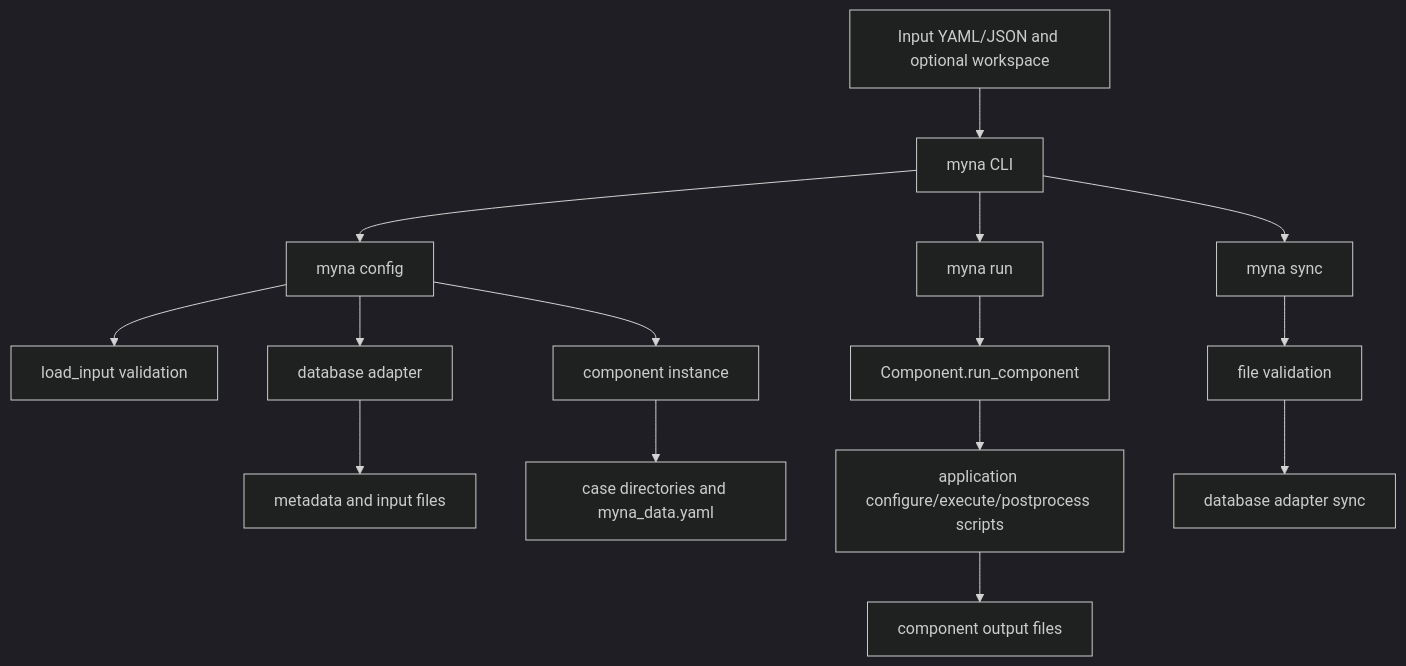
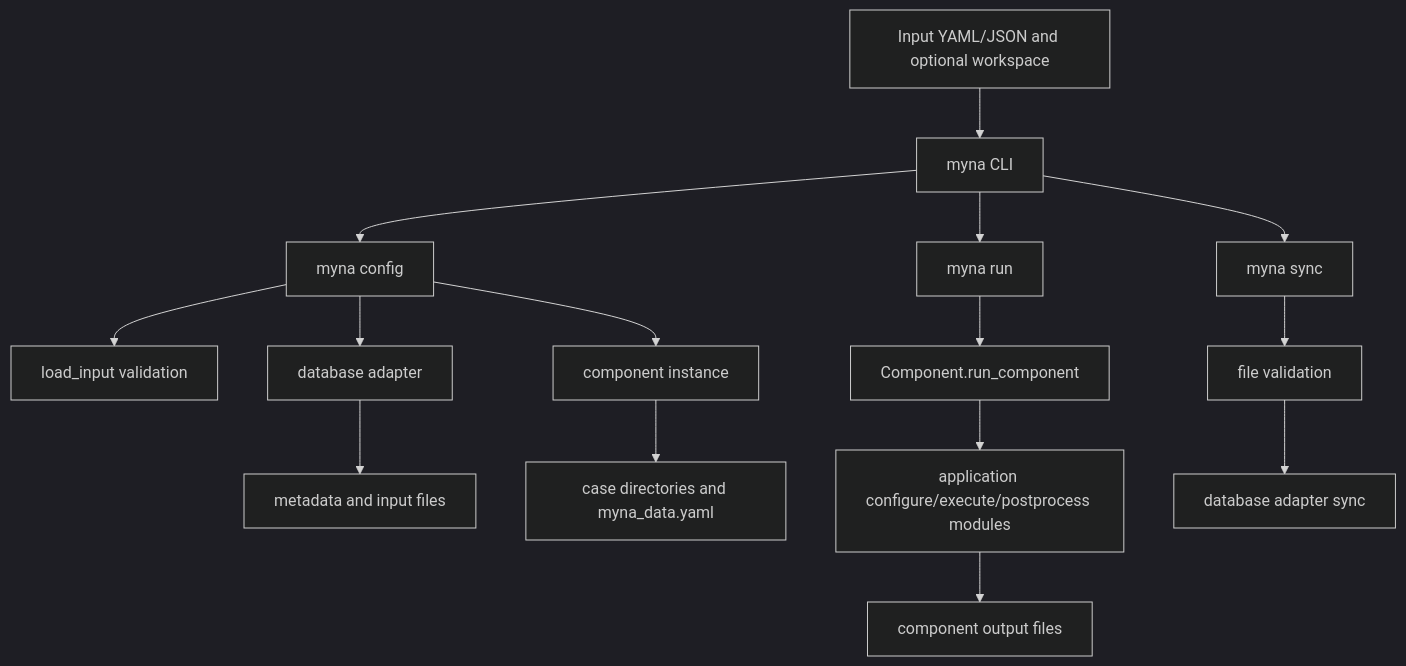
The diagram in ARCHITECTURE.md (ORNL-MDF/Myna), drawn with Mermaid (dark theme) before and after one commit. The commit also changed other lines of this file and 6 other files, not shown here.

````diff
--- a/ARCHITECTURE.md
+++ b/ARCHITECTURE.md
@@ -130,17 +135,17 @@
 ```mermaid
 flowchart TD
     UserInput[Input YAML/JSON and optional workspace] --> CLI[myna CLI]
     CLI --> Config[myna config]
     Config --> LoadInput[load_input validation]
     Config --> DB[database adapter]
     DB --> Metadata[metadata and input files]
     Config --> Component[component instance]
     Component --> Cases[case directories and myna_data.yaml]
     CLI --> Run[myna run]
     Run --> ComponentRun[Component.run_component]
-    ComponentRun --> AppStages[application configure/execute/postprocess scripts]
+    ComponentRun --> AppStages[application configure/execute/postprocess modules]
     AppStages --> Outputs[component output files]
     CLI --> Sync[myna sync]
     Sync --> FileValidation[file validation]
     FileValidation --> DBSync[database adapter sync]
 ```
````
